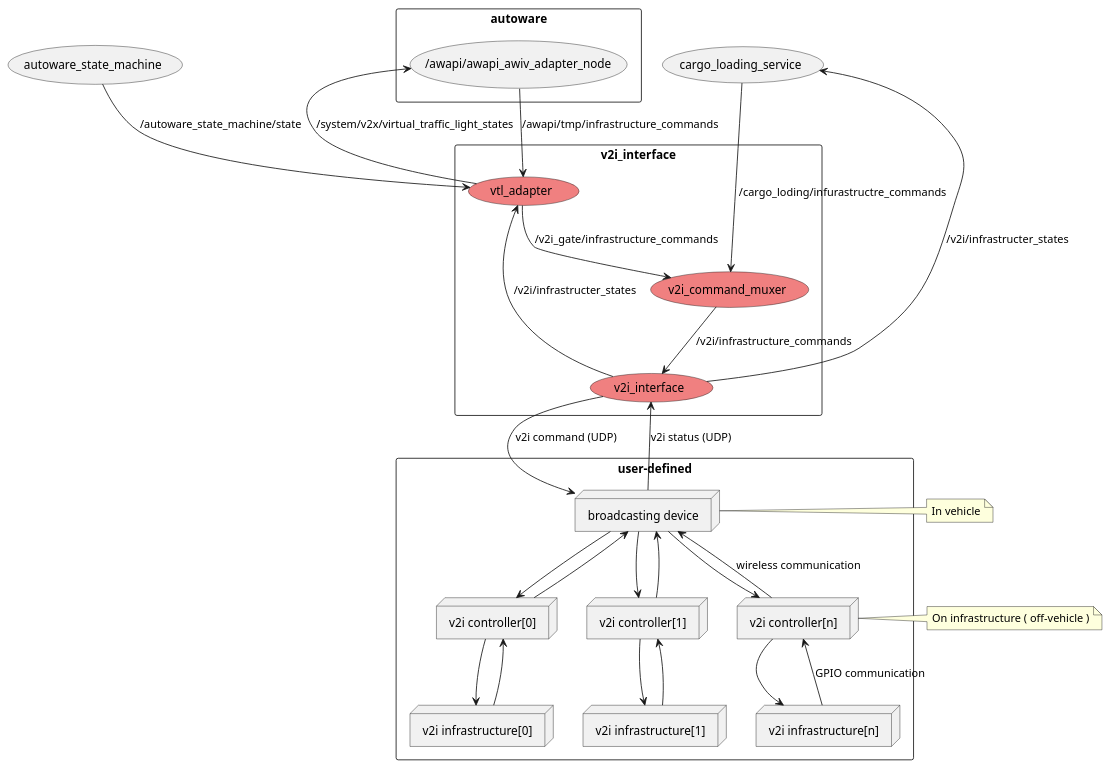
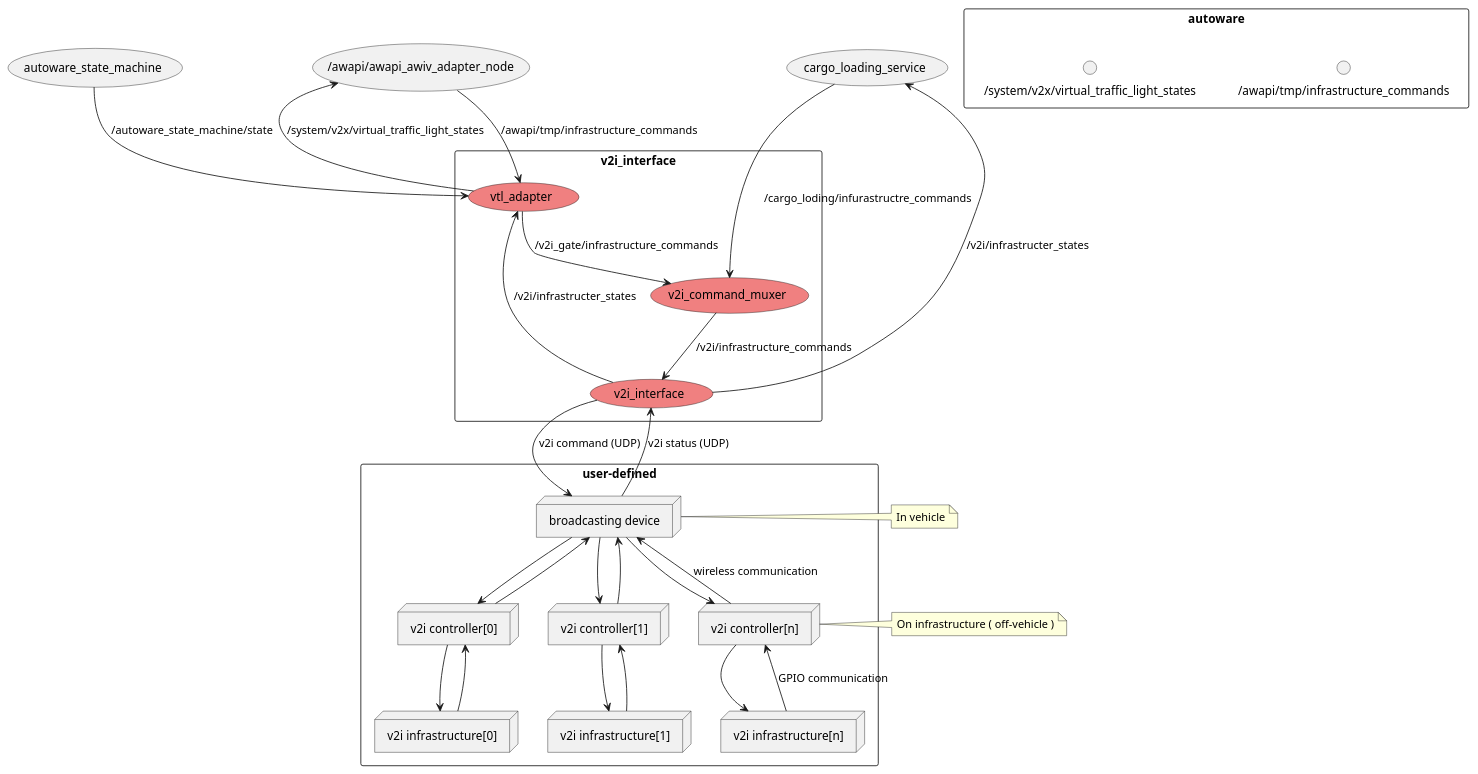
The diagram in docs/node_graph_internal_spec.pu (sfukuta/v2i_interface), drawn with PlantUML before and after one commit.

```diff
--- a/docs/node_graph_internal_spec.pu
+++ b/docs/node_graph_internal_spec.pu
@@ -1,53 +1,54 @@
 @startuml
 
 rectangle autoware {
-  usecase "/awapi/awapi_awiv_adapter_node"
+  interface "/awapi/tmp/infrastructure_commands"
+  interface "/system/v2x/virtual_traffic_light_states"
 }
 usecase "autoware_state_machine"
 rectangle "v2i_interface" as v2i {
 usecase "v2i_interface" #LightCoral
 usecase "v2i_command_muxer" #LightCoral
 usecase "vtl_adapter" #LightCoral
 } 
 rectangle user-defined {
   node "broadcasting device"
   node "v2i controller[0]" as v2ictl_0
   node "v2i controller[1]" as v2ictl_1
   node "v2i controller[n]" as v2ictl_n
   node "v2i infrastructure[0]" as v2ihw_0
   node "v2i infrastructure[1]" as v2ihw_1
   node "v2i infrastructure[n]" as v2ihw_n
 }
 usecase "cargo_loading_service"
 
 (/awapi/awapi_awiv_adapter_node) --> (vtl_adapter) : /awapi/tmp/infrastructure_commands
 (/awapi/awapi_awiv_adapter_node) <-- (vtl_adapter) : /system/v2x/virtual_traffic_light_states
 (autoware_state_machine) --> (vtl_adapter) : /autoware_state_machine/state
 (cargo_loading_service) ---> (v2i_command_muxer) : /cargo_loding/infurastructre_commands
 (vtl_adapter) --> (v2i_command_muxer) : /v2i_gate/infrastructure_commands
 (v2i_command_muxer) --> (v2i_interface) : /v2i/infrastructure_commands
 (vtl_adapter) <-- (v2i_interface) :/v2i/infrastructer_states
 (cargo_loading_service) <-- (v2i_interface) :/v2i/infrastructer_states
 (v2i_interface) --> (broadcasting device) : v2i command (UDP)
 (v2i_interface) <-- (broadcasting device) : v2i status (UDP)
 (broadcasting device) --> (v2ictl_0)
 (broadcasting device) <-- (v2ictl_0)
 (broadcasting device) --> (v2ictl_1)
 (broadcasting device) <-- (v2ictl_1)
 (broadcasting device) --> (v2ictl_n)
 (broadcasting device) <-- (v2ictl_n) : wireless communication
 
 (v2ictl_0) -[hidden] (v2ictl_1)
 (v2ictl_1) -[hidden] (v2ictl_n)
 
 (v2ictl_0) --> (v2ihw_0)
 (v2ictl_0) <-- (v2ihw_0)
 (v2ictl_1) --> (v2ihw_1)
 (v2ictl_1) <-- (v2ihw_1)
 (v2ictl_n) --> (v2ihw_n)
 (v2ictl_n) <-- (v2ihw_n) : GPIO communication
 
 note right of "broadcasting device" : In vehicle
 note right of v2ictl_n : On infrastructure ( off-vehicle )
 
 @enduml
```
